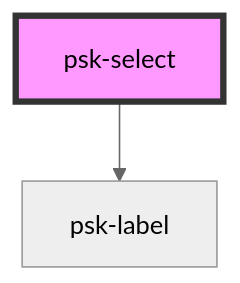
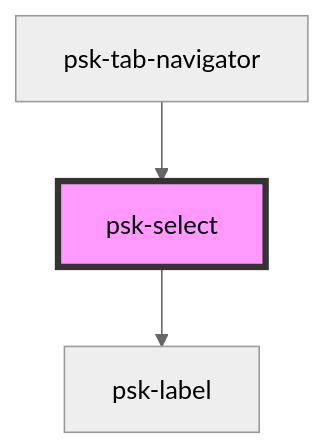
One commit to daniel-visoiu/cardinal changed the diagram in src/components/form-components/psk-select/readme.md. Above: the diagram before and after it, drawn with Mermaid (neutral theme). The commit also changed other lines of this file and 1 other file, not shown here.

First line of the commit message:
psk-select update

````diff
--- a/src/components/form-components/psk-select/readme.md
+++ b/src/components/form-components/psk-select/readme.md
@@ -29,5 +34,6 @@
 ```mermaid
 graph TD;
   psk-select --> psk-label
+  psk-tab-navigator --> psk-select
   style psk-select fill:#f9f,stroke:#333,stroke-width:4px
 ```
````
